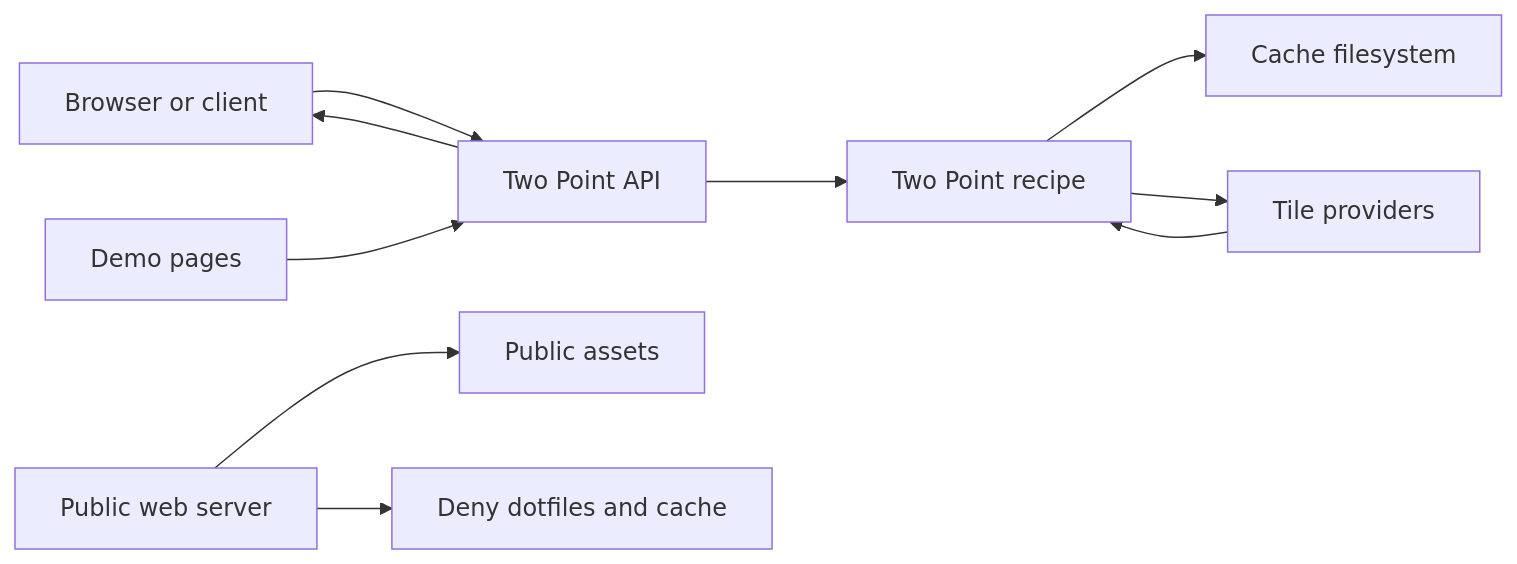
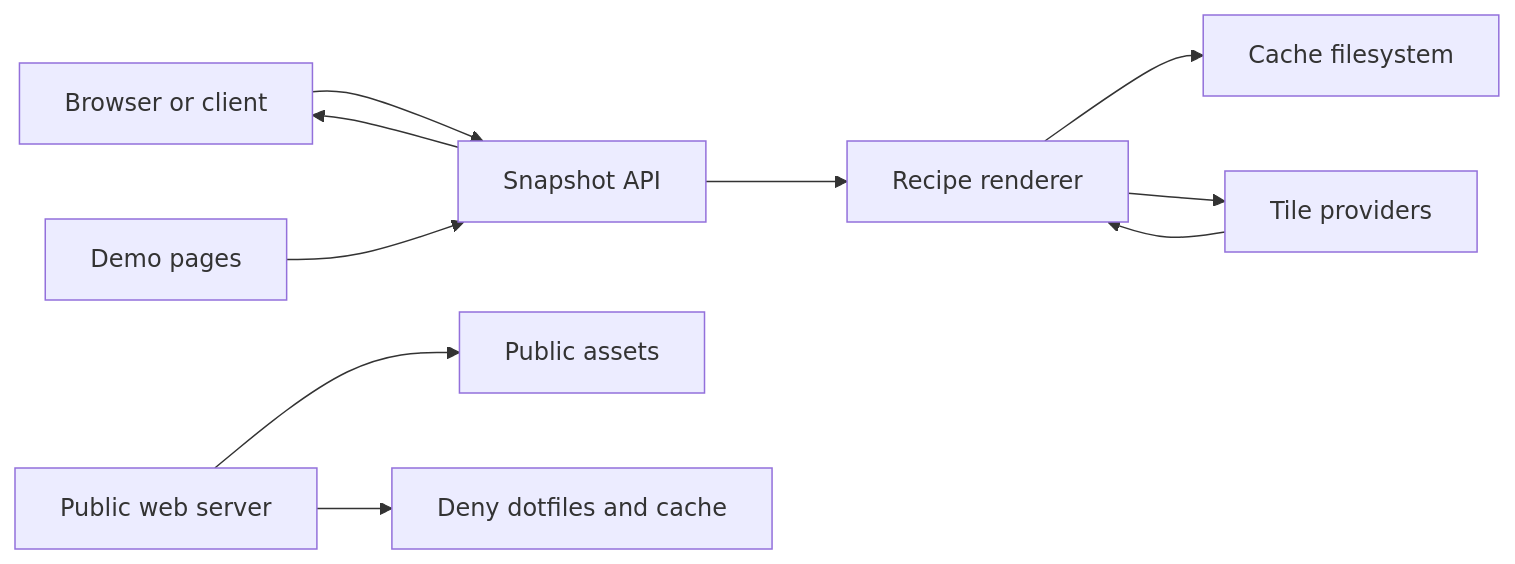
One commit to shadowjohn/map-snapshot-service changed the diagram in map-snapshot-service-threat-model.md. Above: the diagram before and after it, drawn with Mermaid. The commit also changed other lines of this file and 9 other files, not shown here.

Commit message:
Add multi point snapshot recipe

````diff
--- a/map-snapshot-service-threat-model.md
+++ b/map-snapshot-service-threat-model.md
@@ -63,12 +63,12 @@
 ```mermaid
 flowchart LR
-  U["Browser or client"] --> A["Two Point API"]
+  U["Browser or client"] --> A["Snapshot API"]
   D["Demo pages"] --> A
-  A --> R["Two Point recipe"]
+  A --> R["Recipe renderer"]
   R --> C["Cache filesystem"]
   R --> T["Tile providers"]
   T --> R
   A --> U
   W["Public web server"] --> P["Public assets"]
   W --> H["Deny dotfiles and cache"]
 ```
````
